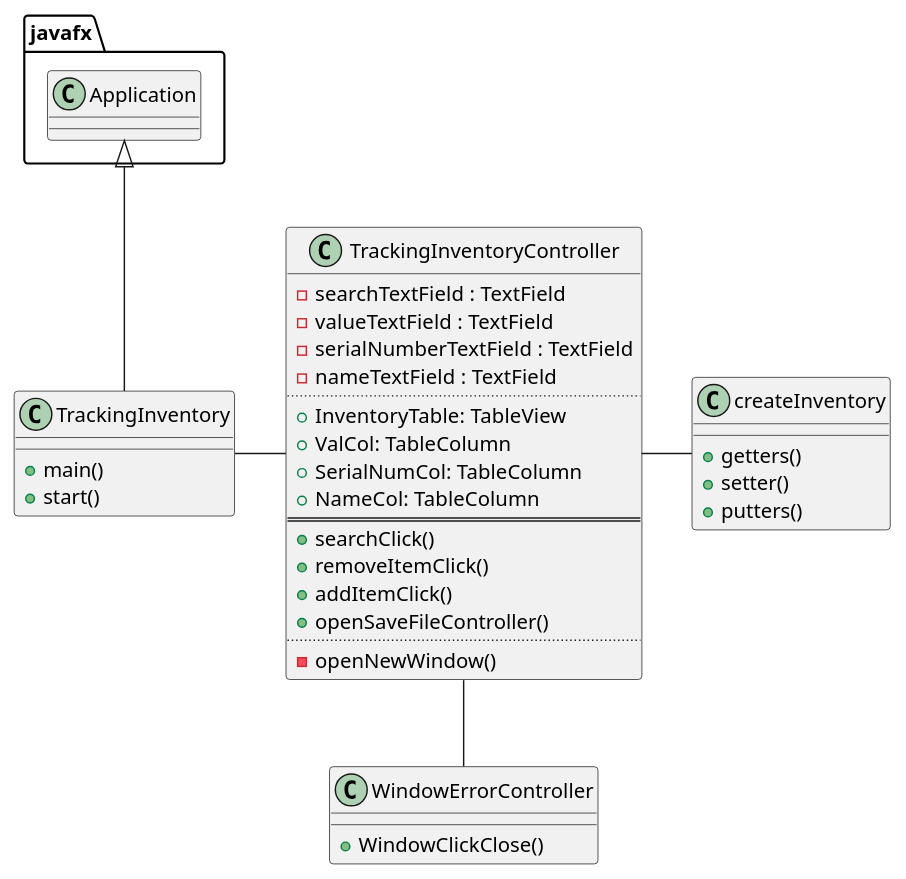
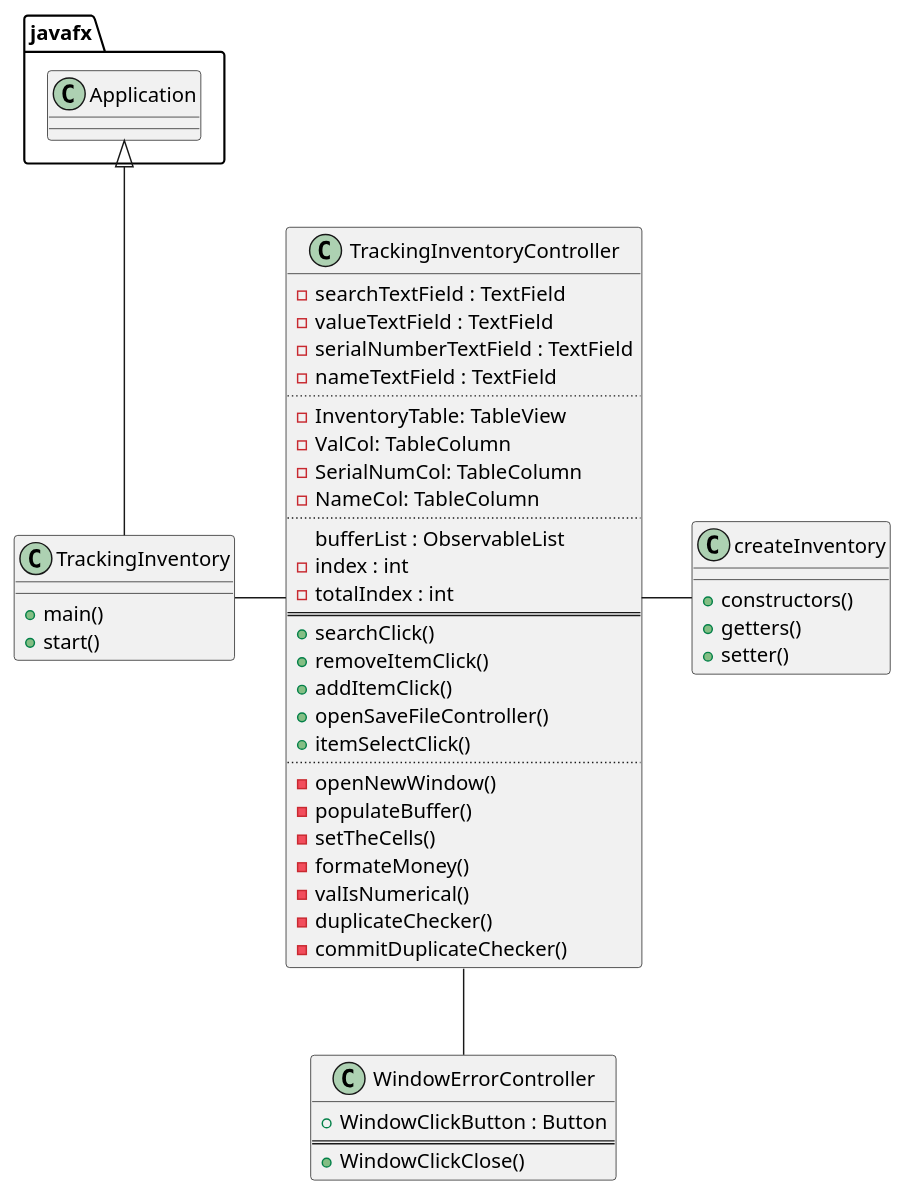
Before and after one commit to fshofiquel/Item-Inventory: the diagram in uml/TrackingInventory.puml, drawn with PlantUML. The commit also changed 3 other files, not shown here.

Commit message:
Cleaned up code and updated PlantUML to reflect changes

```diff
--- a/uml/TrackingInventory.puml
+++ b/uml/TrackingInventory.puml
@@ -1,48 +1,61 @@
 @startuml
 'https://plantuml.com/class-diagram
 
 class TrackingInventory
 {
     + main()
     + start()
 }
 
 class TrackingInventoryController
 {
     - searchTextField : TextField
     - valueTextField : TextField
     - serialNumberTextField : TextField
     - nameTextField : TextField
     ..
-    + InventoryTable: TableView
-    + ValCol: TableColumn
-    + SerialNumCol: TableColumn
-    + NameCol: TableColumn
+    - InventoryTable: TableView
+    - ValCol: TableColumn
+    - SerialNumCol: TableColumn
+    - NameCol: TableColumn
+    ..
+    bufferList : ObservableList
+    - index : int
+    - totalIndex : int
     ==
     + searchClick()
     + removeItemClick()
     + addItemClick()
     + openSaveFileController()
+    + itemSelectClick()
     ..
     - openNewWindow()
+    - populateBuffer()
+    - setTheCells()
+    - formateMoney()
+    - valIsNumerical()
+    - duplicateChecker()
+    - commitDuplicateChecker()
 }
 
 class WindowErrorController
 {
+    + WindowClickButton : Button
+    ==
     + WindowClickClose()
 }
 
 class createInventory
 {
-    +getters()
-    +setter()
-    +putters()
+    + constructors()
+    + getters()
+    + setter()
 }
 
 javafx.Application <|-- TrackingInventory
 
 TrackingInventory - TrackingInventoryController
 TrackingInventoryController - createInventory
 TrackingInventoryController -- WindowErrorController
 
 @enduml
```
